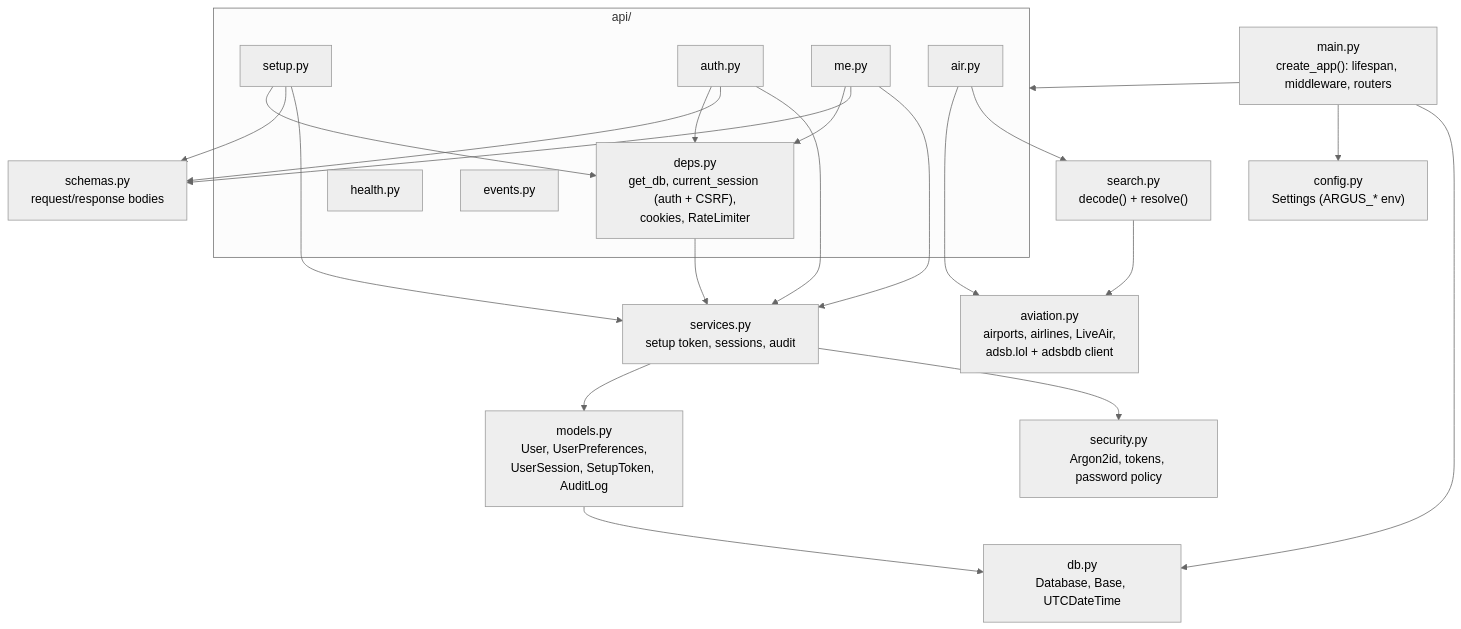
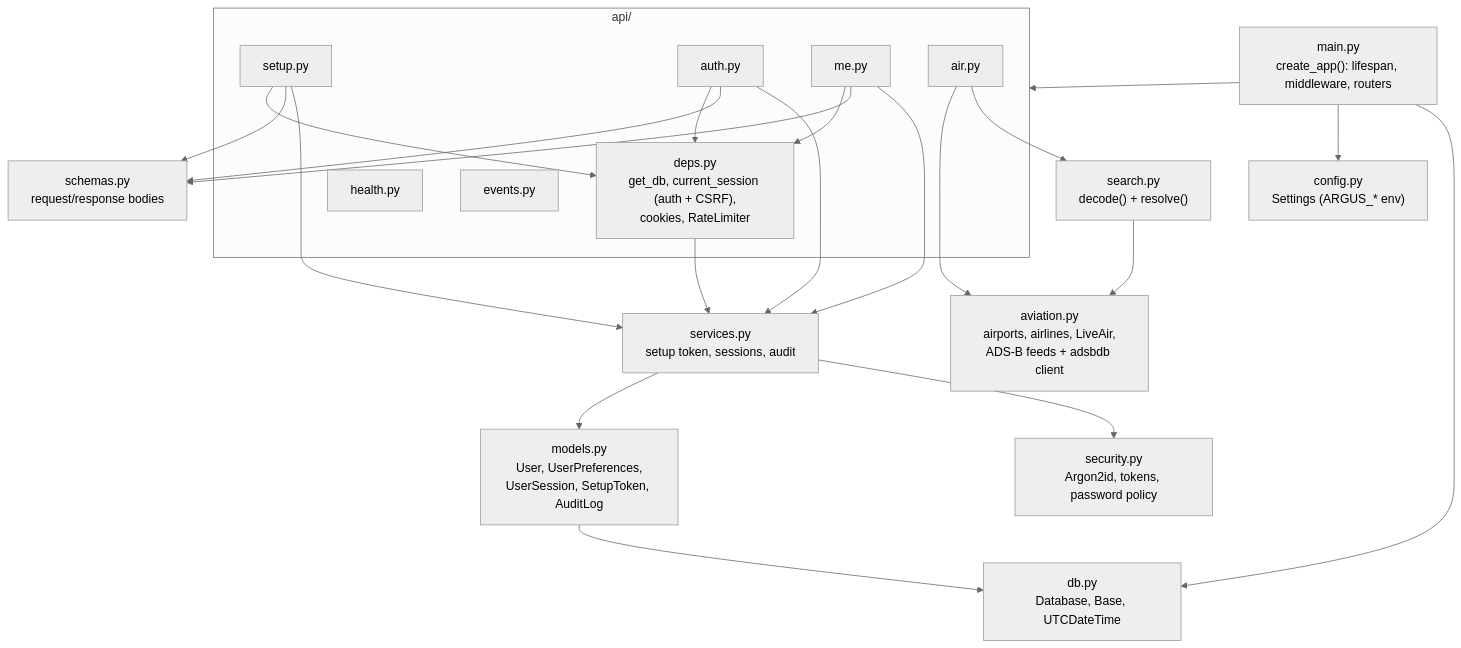
Before and after one commit to twillislabs/argus: the diagram in docs-site/docs/technical/backend.md, drawn with Mermaid (neutral theme). The commit also changed 16 other files, not shown here.

First line of the commit message:
fix(air): fall back to adsb.fi when adsb.lol limits

````diff
--- a/docs-site/docs/technical/backend.md
+++ b/docs-site/docs/technical/backend.md
@@ -13,28 +13,28 @@
 ```mermaid
 flowchart TB
   main["main.py<br/>create_app(): lifespan, middleware, routers"]
   config["config.py<br/>Settings (ARGUS_* env)"]
   db["db.py<br/>Database, Base, UTCDateTime"]
   models["models.py<br/>User, UserPreferences,<br/>UserSession, SetupToken, AuditLog"]
   schemas["schemas.py<br/>request/response bodies"]
   security["security.py<br/>Argon2id, tokens, password policy"]
   services["services.py<br/>setup token, sessions, audit"]
   subgraph api[api/]
     deps["deps.py<br/>get_db, current_session (auth + CSRF),<br/>cookies, RateLimiter"]
     health[health.py]
     setup[setup.py]
     auth[auth.py]
     me[me.py]
     events[events.py]
     air[air.py]
   end
-  aviation["aviation.py<br/>airports, airlines, LiveAir,<br/>adsb.lol + adsbdb client"]
+  aviation["aviation.py<br/>airports, airlines, LiveAir,<br/>ADS-B feeds + adsbdb client"]
   search["search.py<br/>decode() + resolve()"]
   air --> aviation & search
   search --> aviation
   main --> config & db & api
   setup & auth & me --> deps & schemas & services
   services --> models & security
   deps --> services
   models --> db
 ```
````
